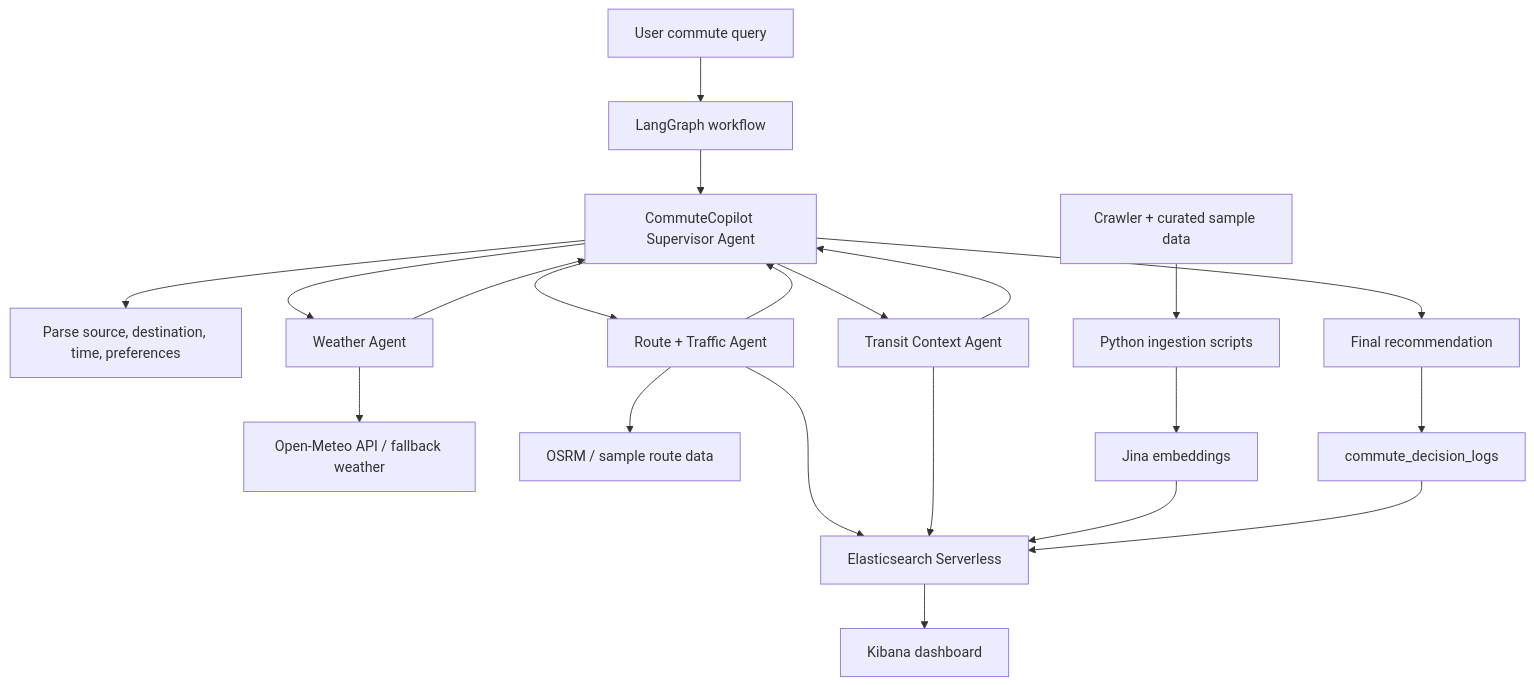
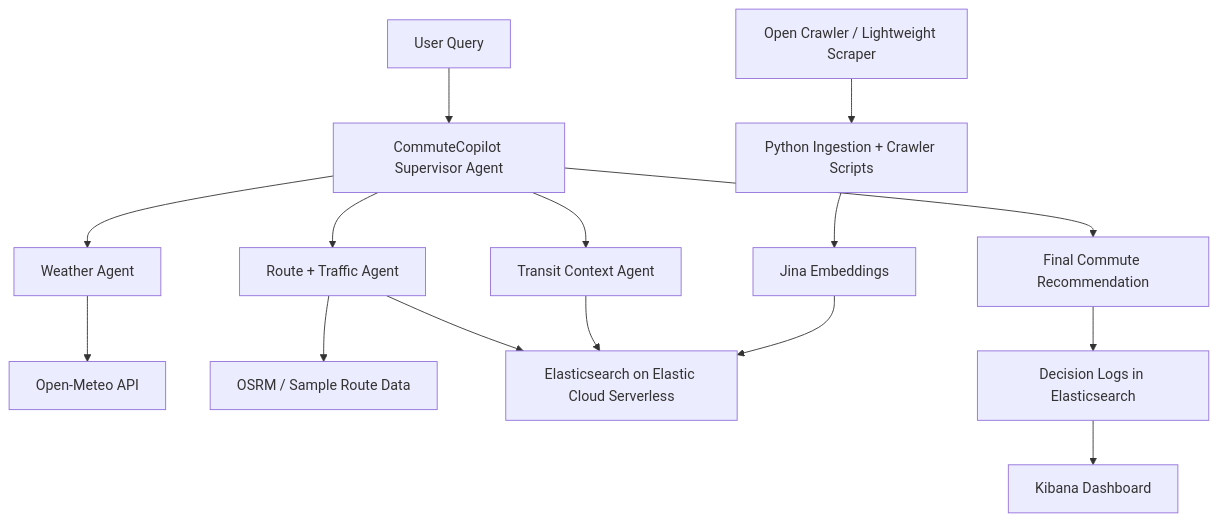
One commit to Srish-ty/commute-copilot-bangalore changed the diagram in README.md. Above: the diagram before and after it, drawn with Mermaid. The commit also changed other lines of this file, not shown here.

Commit message:
fix: changed the architecture

````diff
--- a/README.md
+++ b/README.md
@@ -16,26 +16,21 @@
 ```mermaid
 flowchart TD
-    User["User commute query"] --> Graph["LangGraph workflow"]
-    Graph --> Supervisor["CommuteCopilot Supervisor Agent"]
-    Supervisor --> Parse["Parse source, destination, time, preferences"]
+    User["User Query"] --> Supervisor["CommuteCopilot Supervisor Agent"]
+
     Supervisor --> Weather["Weather Agent"]
     Supervisor --> RouteTraffic["Route + Traffic Agent"]
     Supervisor --> Transit["Transit Context Agent"]
+    Supervisor --> Final["Final Commute Recommendation"]
 
-    Weather --> OpenMeteo["Open-Meteo API / fallback weather"]
-    RouteTraffic --> OSRM["OSRM / sample route data"]
-    RouteTraffic --> Elastic["Elasticsearch Serverless"]
+    Weather --> OpenMeteo["Open-Meteo API"]
+    RouteTraffic --> OSRM["OSRM / Sample Route Data"]
+    RouteTraffic --> Elastic["Elasticsearch on Elastic Cloud Serverless"]
     Transit --> Elastic
 
-    Crawler["Crawler + curated sample data"] --> Ingestion["Python ingestion scripts"]
-    Ingestion --> Embeddings["Jina embeddings"]
+    Crawler["Open Crawler / Lightweight Scraper"] --> Ingestion["Python Ingestion + Crawler Scripts"]
+    Ingestion --> Embeddings["Jina Embeddings"]
     Embeddings --> Elastic
 
-    Weather --> Supervisor
-    RouteTraffic --> Supervisor
-    Transit --> Supervisor
-    Supervisor --> Decision["Final recommendation"]
-    Decision --> Logs["commute_decision_logs"]
-    Logs --> Elastic
-    Elastic --> Kibana["Kibana dashboard"]
+    Final --> Logs["Decision Logs in Elasticsearch"]
+    Logs --> Kibana["Kibana Dashboard"]
 ```
````
